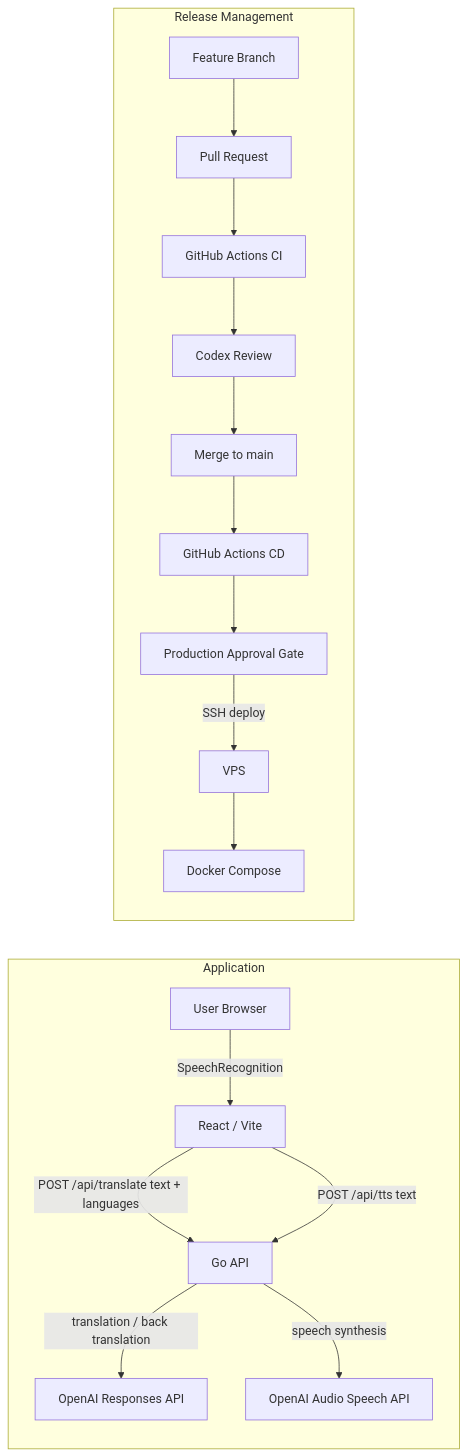
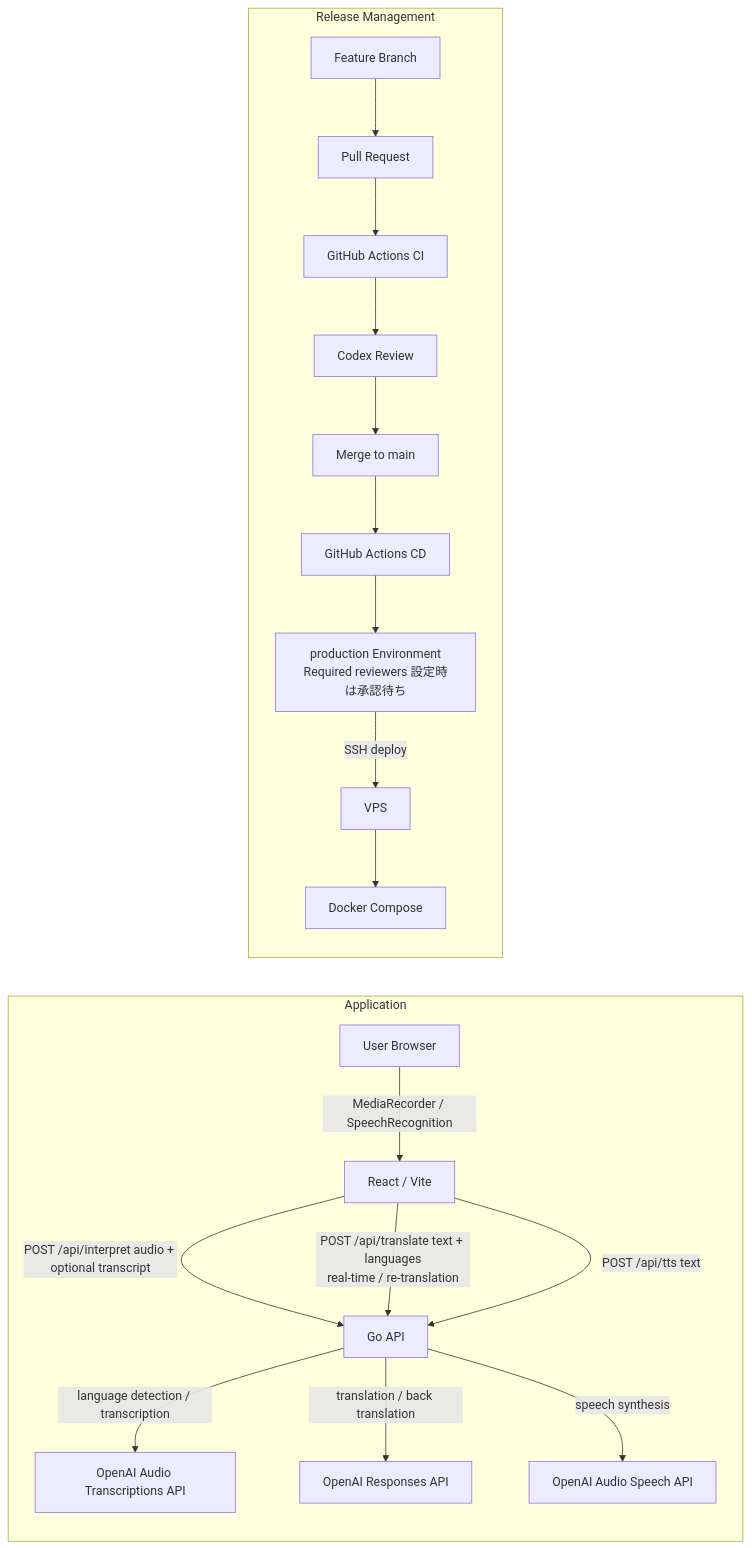
The diagram in README.md (shin-arita/gotalk), drawn with Mermaid before and after one commit. The commit also changed other lines of this file and 12 other files, not shown here.

First line of the commit message:
docs: ドキュメントを現行実装（/api/interpret 構成）に合わせて修正 (#14)

````diff
--- a/README.md
+++ b/README.md
@@ -46,21 +48,23 @@
 ```mermaid
 flowchart LR
   subgraph App[Application]
-    User[User Browser] -->|SpeechRecognition| Frontend[React / Vite]
-    Frontend -->|POST /api/translate text + languages| Backend[Go API]
+    User[User Browser] -->|MediaRecorder / SpeechRecognition| Frontend[React / Vite]
+    Frontend -->|POST /api/interpret audio + optional transcript| Backend[Go API]
+    Frontend -->|POST /api/translate text + languages<br/>real-time / re-translation| Backend
     Frontend -->|POST /api/tts text| Backend
+    Backend -->|language detection / transcription| Transcriptions[OpenAI Audio Transcriptions API]
     Backend -->|translation / back translation| Responses[OpenAI Responses API]
     Backend -->|speech synthesis| Speech[OpenAI Audio Speech API]
   end
 
   subgraph Release[Release Management]
     Feature[Feature Branch] --> PR[Pull Request]
     PR --> CI[GitHub Actions CI]
     CI --> Review[Codex Review]
     Review --> Main[Merge to main]
     Main --> CD[GitHub Actions CD]
-    CD --> Approval[Production Approval Gate]
+    CD --> Approval[production Environment<br/>Required reviewers 設定時は承認待ち]
     Approval -->|SSH deploy| VPS[VPS]
     VPS --> Docker[Docker Compose]
   end
 ```
````
